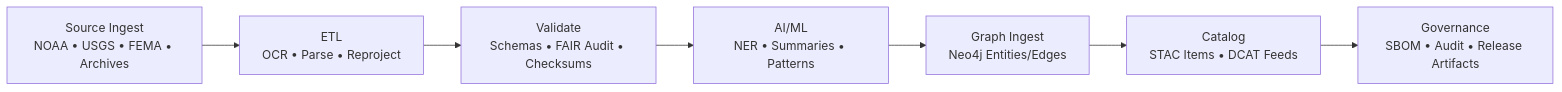
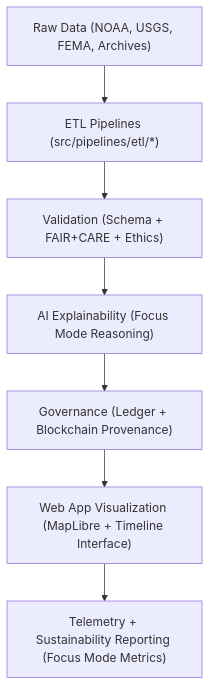
Before and after one commit to bartytime4life/Kansas-Frontier-Matrix: the first of 2 diagrams in ARCHITECTURE.md, drawn with Mermaid. The commit also changed other lines of this file, not shown here.

First line of the commit message:
Update architecture document to version 9.6.0

````diff
--- a/ARCHITECTURE.md
+++ b/ARCHITECTURE.md
@@ -234,9 +70,9 @@
 ```mermaid
-flowchart LR
-    A[Source Ingest\nNOAA • USGS • FEMA • Archives] --> B[ETL\nOCR • Parse • Reproject]
-    B --> C[Validate\nSchemas • FAIR Audit • Checksums]
-    C --> D[AI/ML\nNER • Summaries • Patterns]
-    D --> E[Graph Ingest\nNeo4j Entities/Edges]
-    E --> F[Catalog\nSTAC Items • DCAT Feeds]
-    F --> G[Governance\nSBOM • Audit • Release Artifacts]
+flowchart TD
+    A["Raw Data (NOAA, USGS, FEMA, Archives)"] --> B["ETL Pipelines (src/pipelines/etl/*)"]
+    B --> C["Validation (Schema + FAIR+CARE + Ethics)"]
+    C --> D["AI Explainability (Focus Mode Reasoning)"]
+    D --> E["Governance (Ledger + Blockchain Provenance)"]
+    E --> F["Web App Visualization (MapLibre + Timeline Interface)"]
+    F --> G["Telemetry + Sustainability Reporting (Focus Mode Metrics)"]
 ```
````
